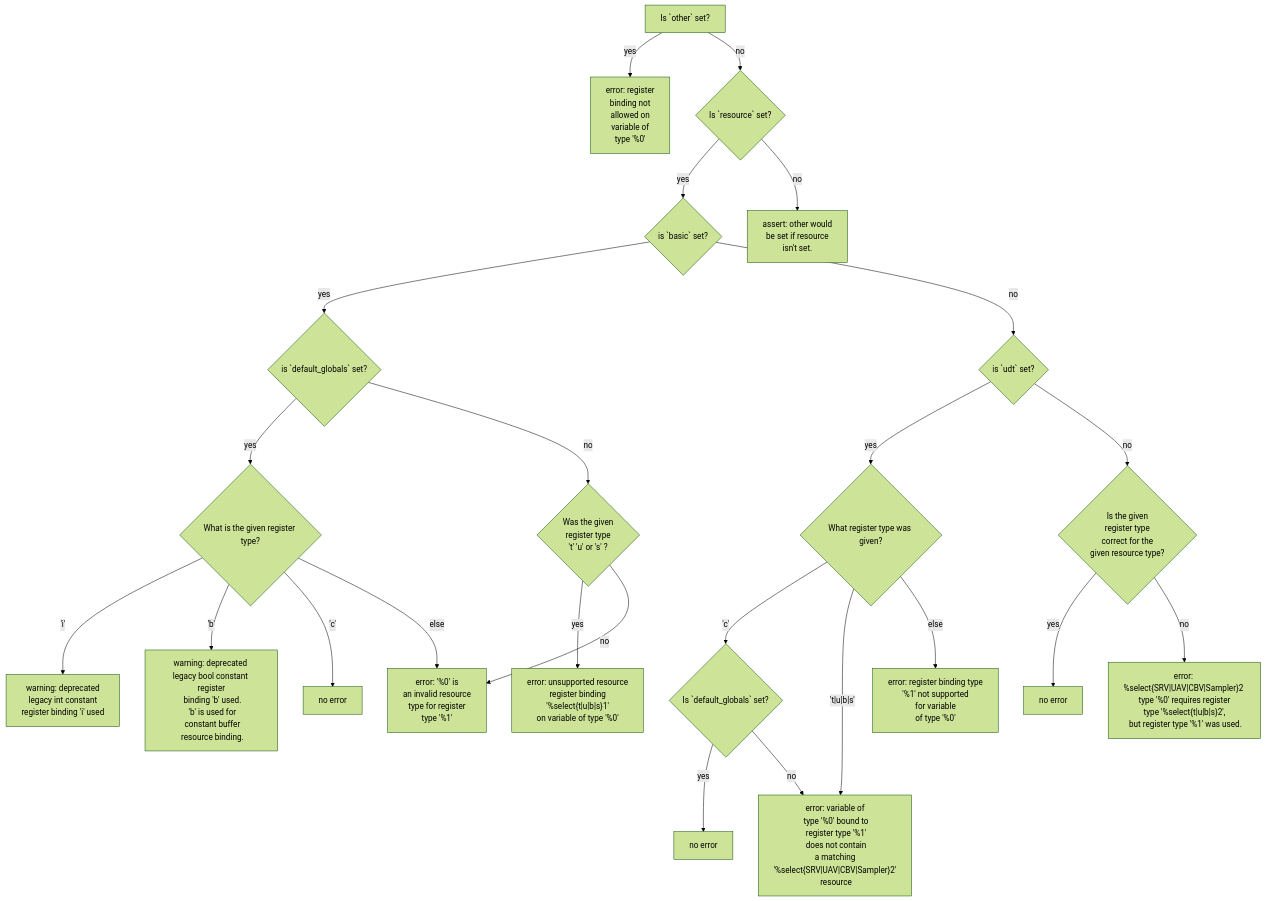
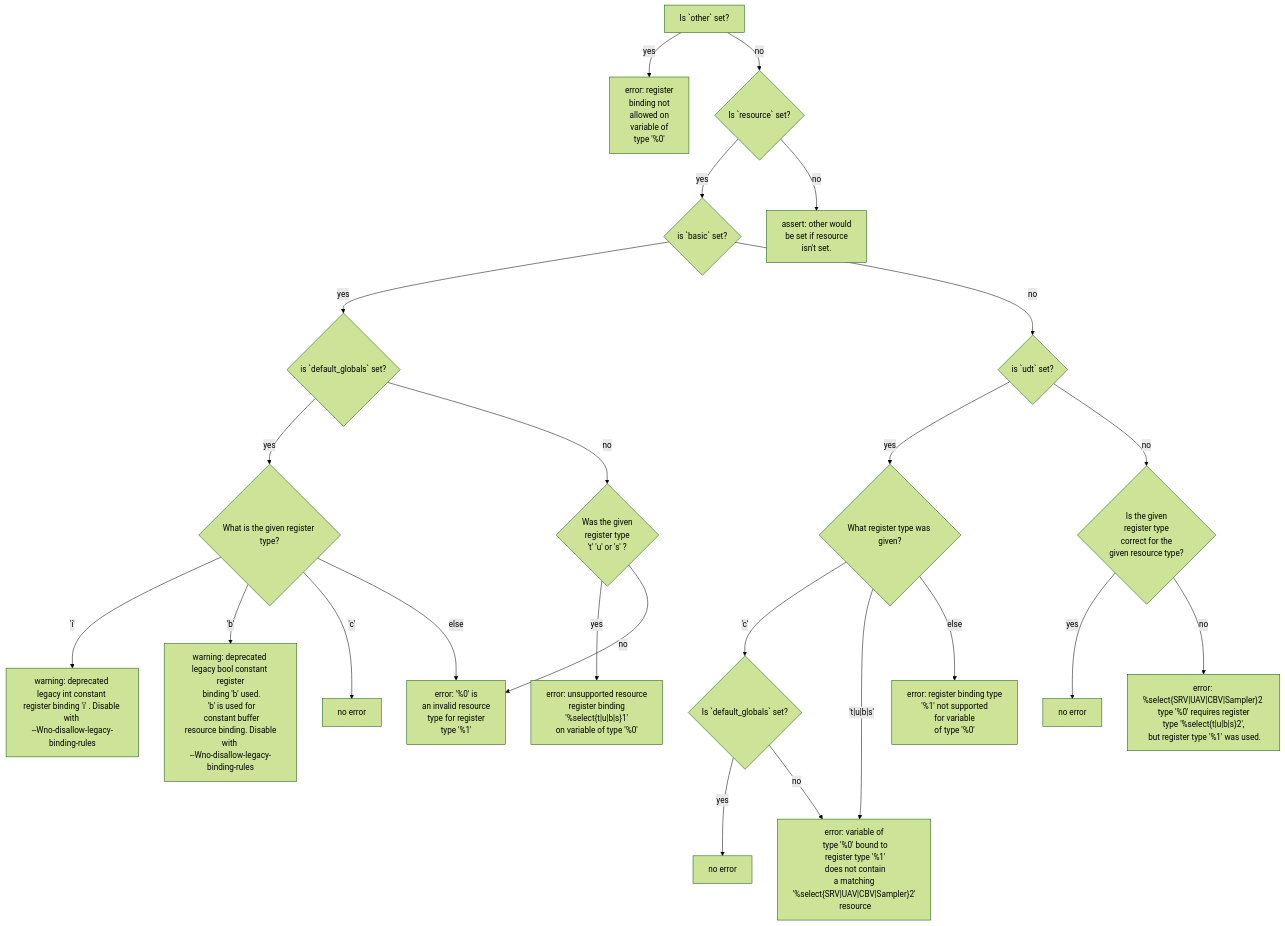
Before and after one commit to microsoft/hlsl-specs: the second of 2 diagrams in proposals/infra/INF-0004-register-types-and-diagnostics.md, drawn with Mermaid (forest theme).

Commit message:
add disable clause

````diff
--- a/proposals/infra/INF-0004-register-types-and-diagnostics.md
+++ b/proposals/infra/INF-0004-register-types-and-diagnostics.md
@@ -262,39 +262,38 @@
 ```mermaid
 flowchart TD
 A[Is `other` set?] -- yes --> B[error: register
 binding not 
 allowed on 
 variable of 
 type '%0']
 A -- no --> C{Is `resource` set?}
 C -- yes --> E{is `basic` set?}
-
 E -- yes --> G{is `default_globals` set?}
 G -- yes --> H{What is the given register type?}
-H -- 'i' --> I[warning: deprecated <br>legacy int constant <br>register binding 'i' used]
-H -- 'b' --> J[warning: deprecated <br>legacy bool constant register<br> binding 'b' used.<br> 'b' is used for<br> constant buffer<br> resource binding.]
+H -- 'i' --> I[warning: deprecated <br>legacy int constant <br>register binding 'i' . Disable with <br>--Wno-disallow-legacy-binding-rules]
+H -- 'b' --> J[warning: deprecated <br>legacy bool constant register<br> binding 'b' used.<br> 'b' is used for<br> constant buffer<br> resource binding. Disable with <br>--Wno-disallow-legacy-binding-rules]
 H -- 'c' --> K[no error]
 H -- else --> L[error: '%0' is<br> an invalid resource<br> type for register<br> type '%1']
 G -- no --> W{Was the given <br>register type<br> 't' 'u' or 's' ?}
 W -- yes --> X["error: unsupported resource<br> register binding <br>'%select{t|u|b|s}1'<br> on variable of type '%0'"]
 W -- no --> L
 E -- no --> M{is `udt` set?}
 C -- no --> N[assert: other would 
 be set if resource
 isn't set.]
 M -- yes --> O{What register type was given?}
 O -- 'c' --> P{Is `default_globals` set?}
 P -- yes --> Q[no error]
 P -- no --> R["error: variable of<br> type '%0' bound to<br> register type '%1'<br> does not contain<br> a matching <br>'%select{SRV|UAV|CBV|Sampler}2'<br> resource"]
 O --'t|u|b|s' --> R
 O -- else --> S[error: register binding type
 '%1' not supported 
 for variable 
 of type '%0']
 M -- no --> D{Is the given
 register type
 correct for the
 given resource type?}
 D -- yes --> T[no error]
 D -- no --> F["error: %select{SRV|UAV|CBV|Sampler}2 <br> type '%0' requires register <br> type '%select{t|u|b|s}2', <br> but register type '%1' was used."]
 ```
````
